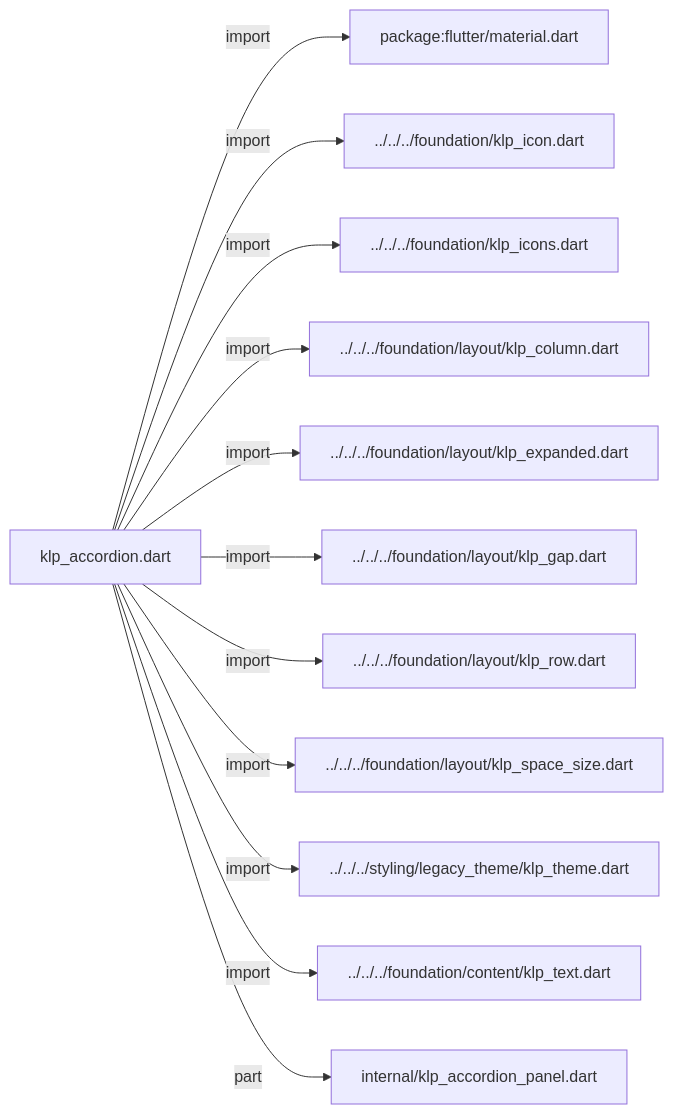
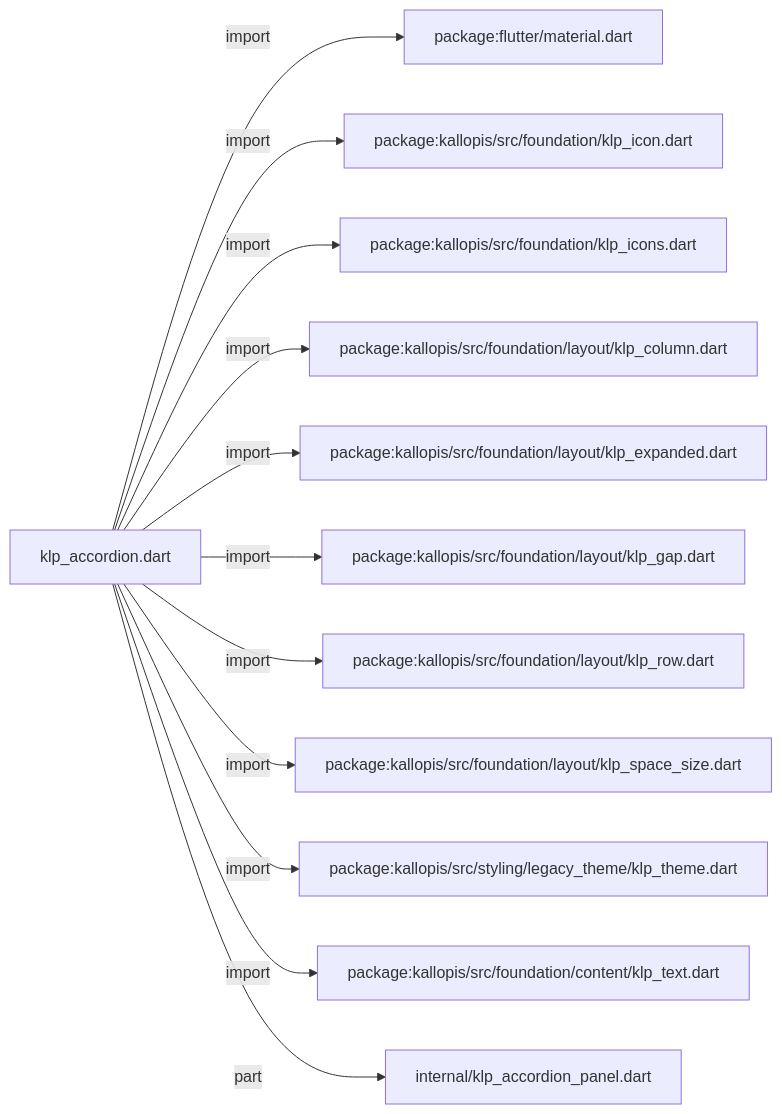
Before and after one commit to MiuDog/Kallopis: the first of 2 diagrams in docs/architecture/src/features/collections/accordion/klp_accordion.md, drawn with Mermaid. The commit also changed other lines of this file and 9688 other files, not shown here.

Commit message:
Prepare isolated Flow F2 peer baseline

````diff
--- a/docs/architecture/src/features/collections/accordion/klp_accordion.md
+++ b/docs/architecture/src/features/collections/accordion/klp_accordion.md
@@ -11,26 +11,26 @@
 ```mermaid
 flowchart LR
 	n0["klp_accordion.dart"]
 	n1["package:flutter/material.dart"]
-	n2["../../../foundation/klp_icon.dart"]
-	n3["../../../foundation/klp_icons.dart"]
-	n4["../../../foundation/layout/klp_column.dart"]
-	n5["../../../foundation/layout/klp_expanded.dart"]
-	n6["../../../foundation/layout/klp_gap.dart"]
-	n7["../../../foundation/layout/klp_row.dart"]
-	n8["../../../foundation/layout/klp_space_size.dart"]
-	n9["../../../styling/legacy_theme/klp_theme.dart"]
-	n10["../../../foundation/content/klp_text.dart"]
+	n2["package:kallopis/src/foundation/klp_icon.dart"]
+	n3["package:kallopis/src/foundation/klp_icons.dart"]
+	n4["package:kallopis/src/foundation/layout/klp_column.dart"]
+	n5["package:kallopis/src/foundation/layout/klp_expanded.dart"]
+	n6["package:kallopis/src/foundation/layout/klp_gap.dart"]
+	n7["package:kallopis/src/foundation/layout/klp_row.dart"]
+	n8["package:kallopis/src/foundation/layout/klp_space_size.dart"]
+	n9["package:kallopis/src/styling/legacy_theme/klp_theme.dart"]
+	n10["package:kallopis/src/foundation/content/klp_text.dart"]
 	n11["internal/klp_accordion_panel.dart"]
 	n0 -->|"import"| n1
 	n0 -->|"import"| n2
 	n0 -->|"import"| n3
 	n0 -->|"import"| n4
 	n0 -->|"import"| n5
 	n0 -->|"import"| n6
 	n0 -->|"import"| n7
 	n0 -->|"import"| n8
 	n0 -->|"import"| n9
 	n0 -->|"import"| n10
 	n0 -->|"part"| n11
 ```
````
